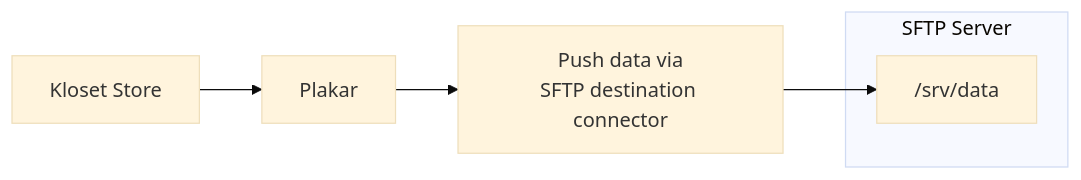
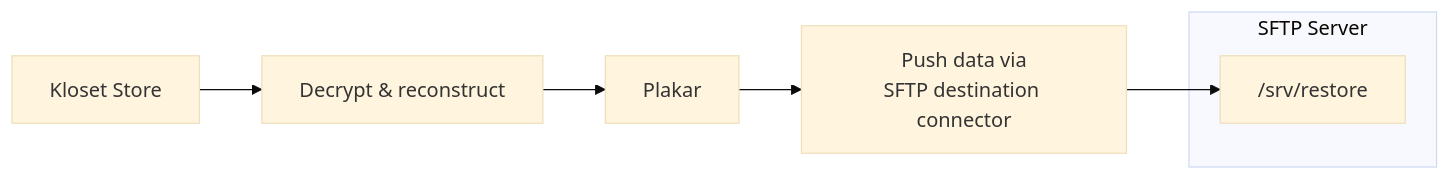
Before and after one commit to vcoisne/plakar.io: the second of 3 diagrams in docs/community/main/integrations/sftp/index.md, drawn with Mermaid (base theme). The commit also changed other lines of this file and 1333 other files, not shown here.

```diff
--- a/docs/community/main/integrations/sftp/index.md
+++ b/docs/community/main/integrations/sftp/index.md
@@ -182,15 +189,17 @@
 {{< mermaid >}}
 flowchart LR
 
 Store["Kloset Store"]
+
+Transform["Decrypt & reconstruct"]
 
 Plakar["Plakar"]
 
 Via["Push data via<br/>SFTP destination connector"]
 
 subgraph Destination["SFTP Server"]
-  FS["/srv/data"]
+  FS["/srv/restore"]
 end
 
-Store --> Plakar --> Via --> FS
+Store --> Transform --> Plakar --> Via --> FS
 {{< /mermaid >}}
```
